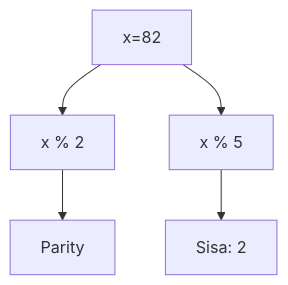
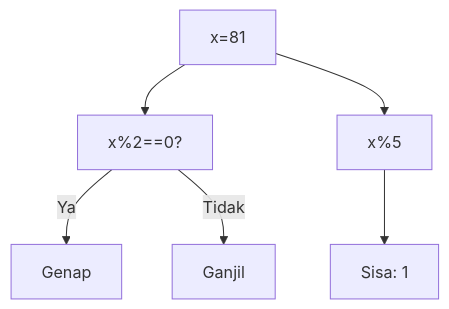
Before and after one commit to amnahwaida/OSNK_INF_PREP: the fifth of 25 diagrams in part-c-pemahaman-cpp/05-rekursi/latihan/set-01.md, drawn with Mermaid. The commit also changed other lines of this file and 71 other files, not shown here.

Commit message:
Fixed Mermaid syntax lexical errors with quoted labels in 1,800 questions

````diff
--- a/part-c-pemahaman-cpp/05-rekursi/latihan/set-01.md
+++ b/part-c-pemahaman-cpp/05-rekursi/latihan/set-01.md
@@ -85,7 +149,8 @@
 ```mermaid
 graph TD
-A[x=82] --> B[x % 2]
-B --> C[Parity]
-A --> D[x % 5]
-D --> E[Sisa: 2]
+A["x=81"] --> B["x%2==0?"]
+B -- Ya --> C["Genap"]
+B -- Tidak --> D["Ganjil"]
+A --> E["x%5"]
+E --> F["Sisa: 1"]
 ```
````
